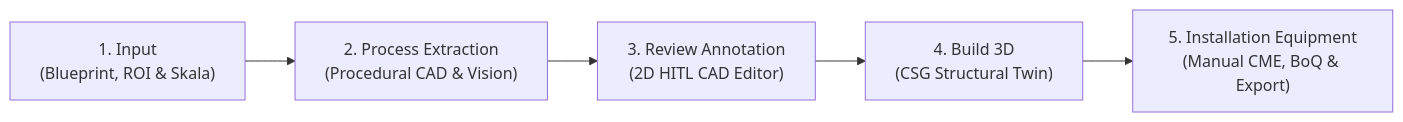
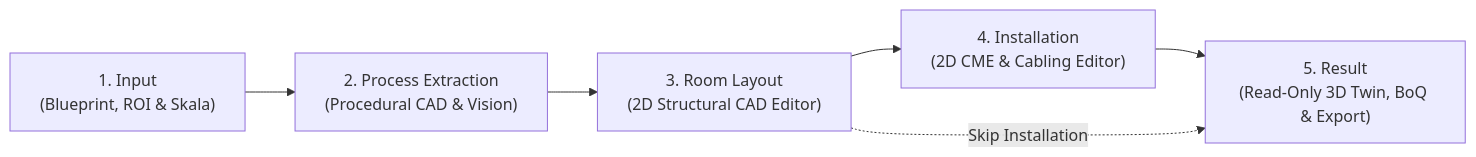
One commit to LyKhan77/Sitestry.AI changed the diagram in WORKFLOW.md. Above: the diagram before and after it, drawn with Mermaid. The commit also changed other lines of this file and 31 other files, not shown here.

Commit message:
feat(installation): polish cabling/labels, add auto-save toggle, separate Room Layout/Installation/Result stages

````diff
--- a/WORKFLOW.md
+++ b/WORKFLOW.md
@@ -11,7 +11,8 @@
 ```mermaid
 flowchart LR
     S1["1. Input\n(Blueprint, ROI & Skala)"] --> S2["2. Process Extraction\n(Procedural CAD & Vision)"]
-    S2 --> S3["3. Review Annotation\n(2D HITL CAD Editor)"]
-    S3 --> S4["4. Build 3D\n(CSG Structural Twin)"]
-    S4 --> S5["5. Installation Equipment\n(Manual CME, BoQ & Export)"]
+    S2 --> S3["3. Room Layout\n(2D Structural CAD Editor)"]
+    S3 --> S4["4. Installation\n(2D CME & Cabling Editor)"]
+    S4 --> S5["5. Result\n(Read-Only 3D Twin, BoQ & Export)"]
+    S3 -.->|Skip Installation| S5
 ```
````
